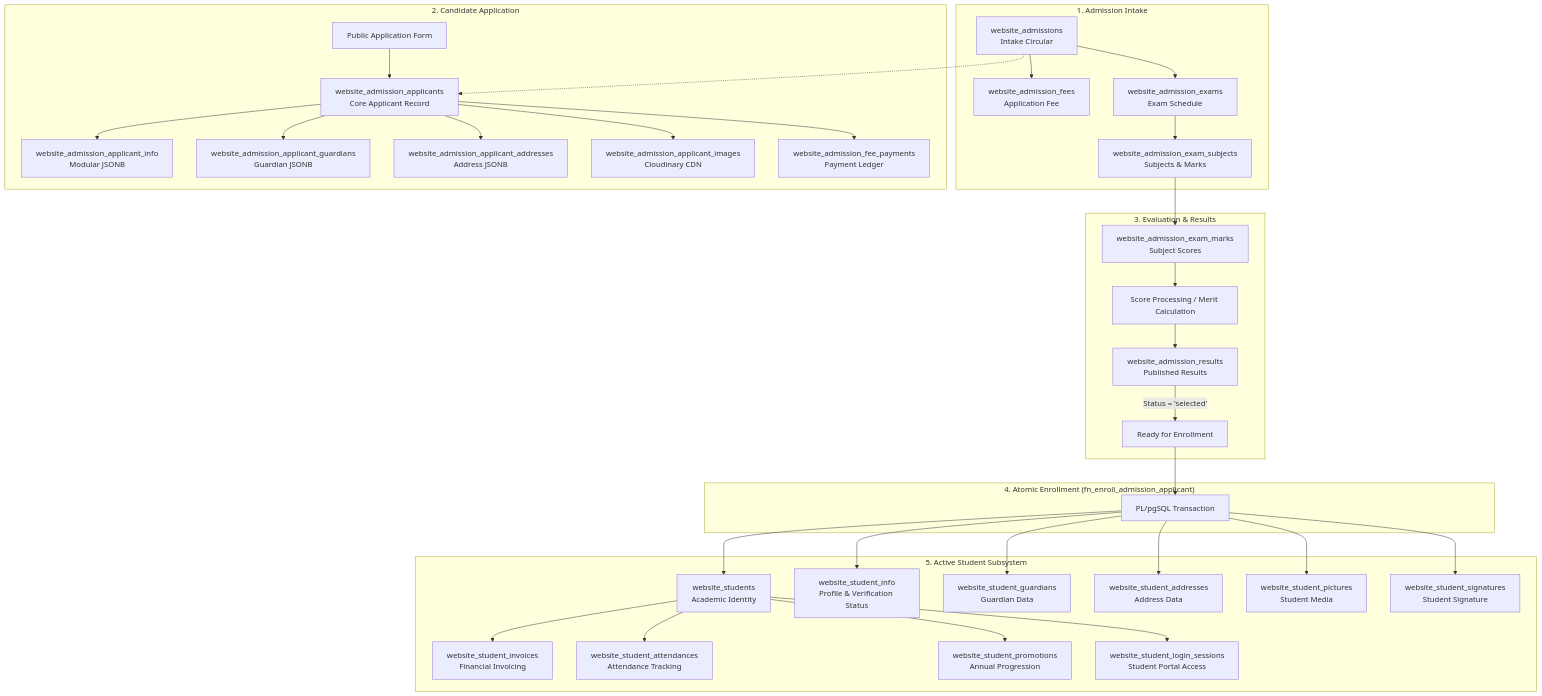
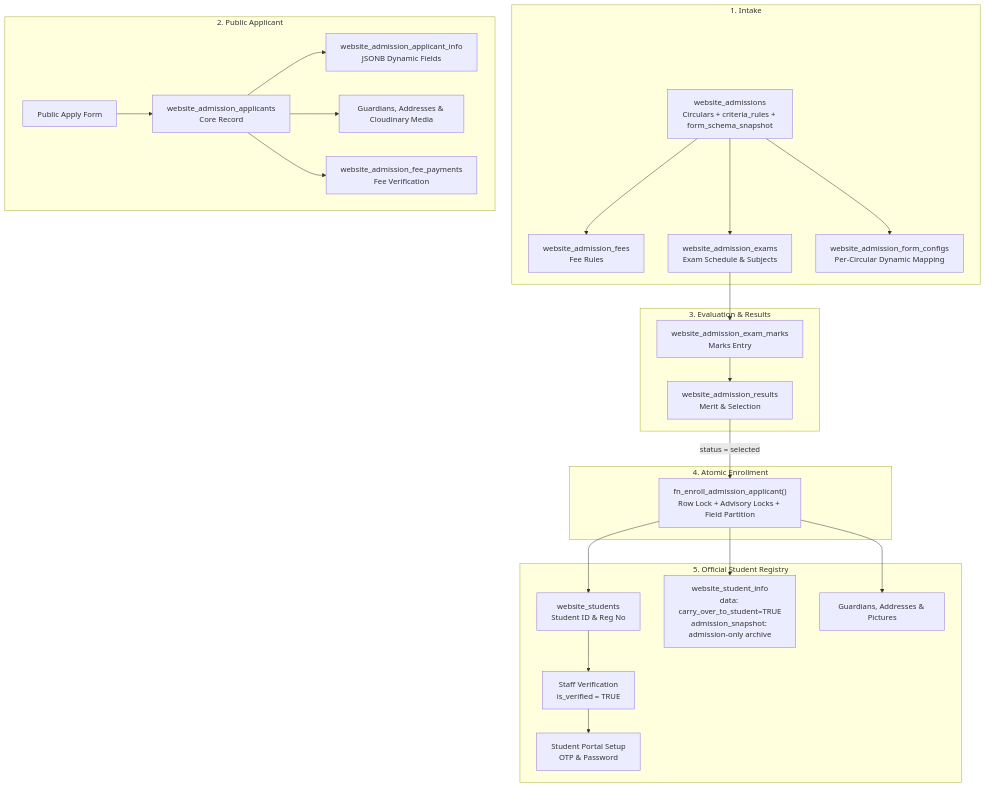
The diagram in ADMISSION_AND_STUDENT_ANALYSIS.md (tanvirahmmed2/sii), drawn with Mermaid before and after one commit. The commit also changed other lines of this file and 31 other files, not shown here.

````diff
--- a/ADMISSION_AND_STUDENT_ANALYSIS.md
+++ b/ADMISSION_AND_STUDENT_ANALYSIS.md
@@ -14,43 +5,32 @@
 ```mermaid
 flowchart TD
-    subgraph Intake ["1. Admission Intake"]
-        A[website_admissions<br/>Intake Circular] --> B[website_admission_fees<br/>Application Fee]
-        A --> C[website_admission_exams<br/>Exam Schedule]
-        C --> D[website_admission_exam_subjects<br/>Subjects & Marks]
+    subgraph 1. Intake
+        A[website_admissions<br/>Circulars + criteria_rules + form_schema_snapshot] --> B[website_admission_fees<br/>Fee Rules]
+        A --> C[website_admission_exams<br/>Exam Schedule & Subjects]
+        A --> D1[website_admission_form_configs<br/>Per-Circular Dynamic Mapping]
     end
 
-    subgraph Applicant ["2. Candidate Application"]
-        E[Public Application Form] --> F[website_admission_applicants<br/>Core Applicant Record]
-        F --> G[website_admission_applicant_info<br/>Modular JSONB]
-        F --> H[website_admission_applicant_guardians<br/>Guardian JSONB]
-        F --> I[website_admission_applicant_addresses<br/>Address JSONB]
-        F --> J[website_admission_applicant_images<br/>Cloudinary CDN]
-        F --> K[website_admission_fee_payments<br/>Payment Ledger]
+    subgraph 2. Public Applicant
+        D[Public Apply Form] --> E[website_admission_applicants<br/>Core Record]
+        E --> F[website_admission_applicant_info<br/>JSONB Dynamic Fields]
+        E --> G[Guardians, Addresses & Cloudinary Media]
+        E --> H[website_admission_fee_payments<br/>Fee Verification]
     end
 
-    subgraph Evaluation ["3. Evaluation & Results"]
-        D --> L[website_admission_exam_marks<br/>Subject Scores]
-        L --> M[Score Processing / Merit Calculation]
-        M --> N[website_admission_results<br/>Published Results]
-        N -->|Status = 'selected'| O[Ready for Enrollment]
+    subgraph 3. Evaluation & Results
+        C --> I[website_admission_exam_marks<br/>Marks Entry]
+        I --> J[website_admission_results<br/>Merit & Selection]
     end
 
-    subgraph Conversion ["4. Atomic Enrollment (fn_enroll_admission_applicant)"]
-        O --> P[PL/pgSQL Transaction]
+    subgraph 4. Atomic Enrollment
+        J -->|status = selected| K["fn_enroll_admission_applicant()<br/>Row Lock + Advisory Locks + Field Partition"]
     end
 
-    subgraph Registry ["5. Active Student Subsystem"]
-        P --> Q[website_students<br/>Academic Identity]
-        P --> R[website_student_info<br/>Profile & Verification Status]
-        P --> S[website_student_guardians<br/>Guardian Data]
-        P --> T[website_student_addresses<br/>Address Data]
-        P --> U[website_student_pictures<br/>Student Media]
-        P --> V[website_student_signatures<br/>Student Signature]
-        Q --> W[website_student_invoices<br/>Financial Invoicing]
-        Q --> X[website_student_attendances<br/>Attendance Tracking]
-        Q --> Y[website_student_promotions<br/>Annual Progression]
-        Q --> Z[website_student_login_sessions<br/>Student Portal Access]
+    subgraph 5. Official Student Registry
+        K --> L[website_students<br/>Student ID & Reg No]
+        K --> M[website_student_info<br/>data: carry_over_to_student=TRUE<br/>admission_snapshot: admission-only archive]
+        K --> M2[Guardians, Addresses & Pictures]
+        L --> N[Staff Verification<br/>is_verified = TRUE]
+        N --> O[Student Portal Setup<br/>OTP & Password]
     end
-
-    A -.-> F
 ```
````
